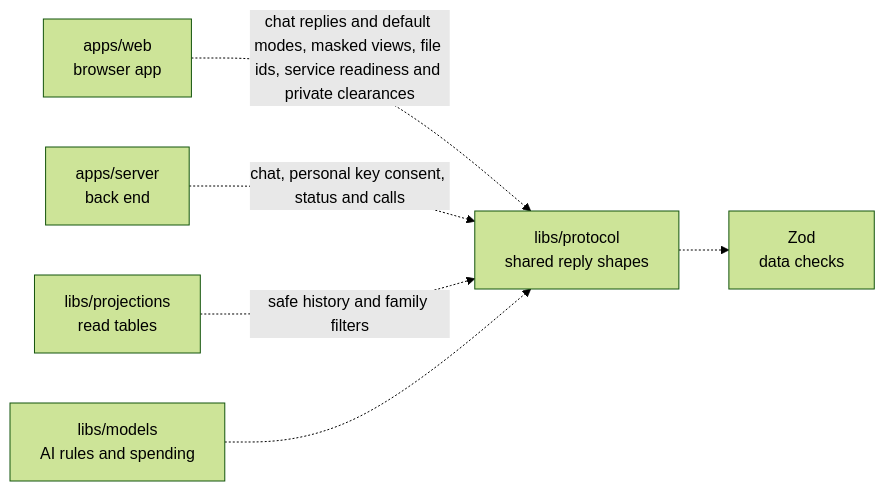
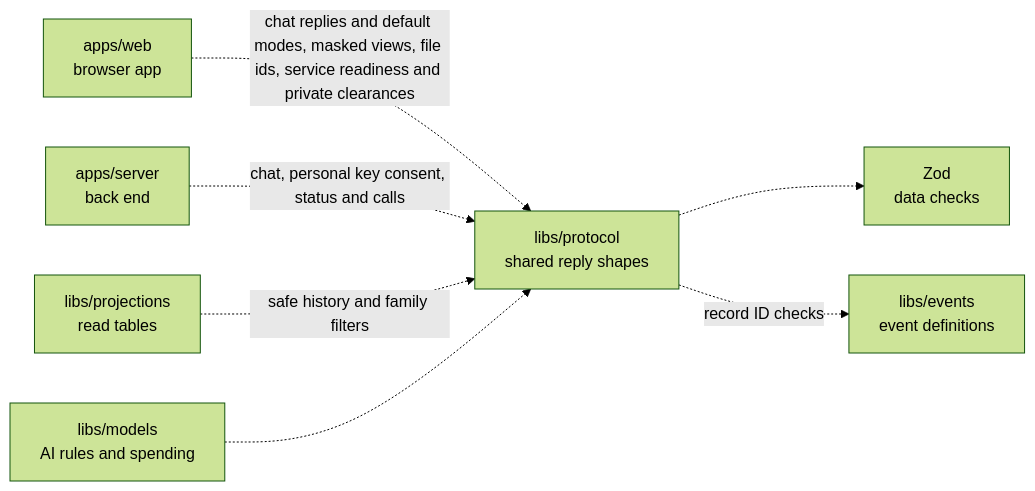
Before and after one commit to elewa-git/opencrane-new: the diagram in libs/protocol/README.md, drawn with Mermaid (forest theme). The commit also changed other lines of this file and 272 other files, not shown here.

````diff
--- a/libs/protocol/README.md
+++ b/libs/protocol/README.md
@@ -52,8 +52,9 @@
 ```mermaid
 flowchart LR
   web["apps/web<br/>browser app"] -.->|chat replies and default modes, masked views, file ids, service readiness and private clearances| protocol["libs/protocol<br/>shared reply shapes"]
   server["apps/server<br/>back end"] -.->|chat, personal key consent, status and calls| protocol
   projections["libs/projections<br/>read tables"] -.->|safe history and family filters| protocol
   models["libs/models<br/>AI rules and spending"] -.-> protocol
   protocol -.-> zod["Zod<br/>data checks"]
+  protocol -.->|record ID checks| events["libs/events<br/>event definitions"]
 ```
````
